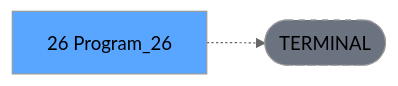
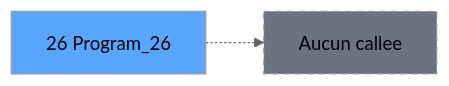
One commit to thonyAGP/lecteur-magic changed the third of 3 diagrams in .openspec/specs/ADH-IDE-26.md. Above: the diagram before and after it, drawn with Mermaid (neutral theme). The commit also changed other lines of this file and 96 other files, not shown here.

````diff
--- a/.openspec/specs/ADH-IDE-26.md
+++ b/.openspec/specs/ADH-IDE-26.md
@@ -134,8 +121,8 @@
 ```mermaid
 graph LR
-    T[26 Program_26]
-    TERM([TERMINAL])
-    T -.-> TERM
-    style TERM fill:#6b7280,stroke-dasharray: 5 5
-    style T fill:#58a6ff,color:#000
+    T26[26 Program_26]
+    style T26 fill:#58a6ff
+    NONE[Aucun callee]
+    T26 -.-> NONE
+    style NONE fill:#6b7280,stroke-dasharray: 5 5
 ```
````
